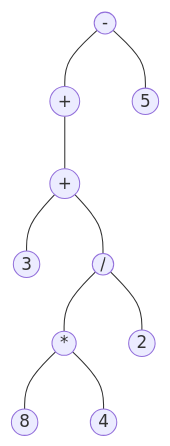
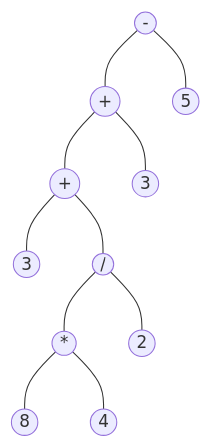
The first of 5 diagrams in 02-Automatas/README.md (haytham2597/SSL), drawn with Mermaid before and after one commit. The commit also changed other lines of this file, not shown here.

````diff
--- a/02-Automatas/README.md
+++ b/02-Automatas/README.md
@@ -170,12 +170,13 @@
 ```mermaid
 flowchart TD
     	A(("-")) --- B(("+"));
 	A --- C((5));
 	B --- D(("+"));
-	D --- E((3));
-	D --- F(("/"));
-	F --- G(("*"));
-	F --- H((2));
-    	G --- I((8));
-    	G --- J((4));
+  	B --- E((3));
+	D --- G((3));
+	D --- H(("/"));
+	H --- I(("*"));
+	H --- L((2));
+    	I --- J((8));
+    	I --- K((4));
 ```
````
